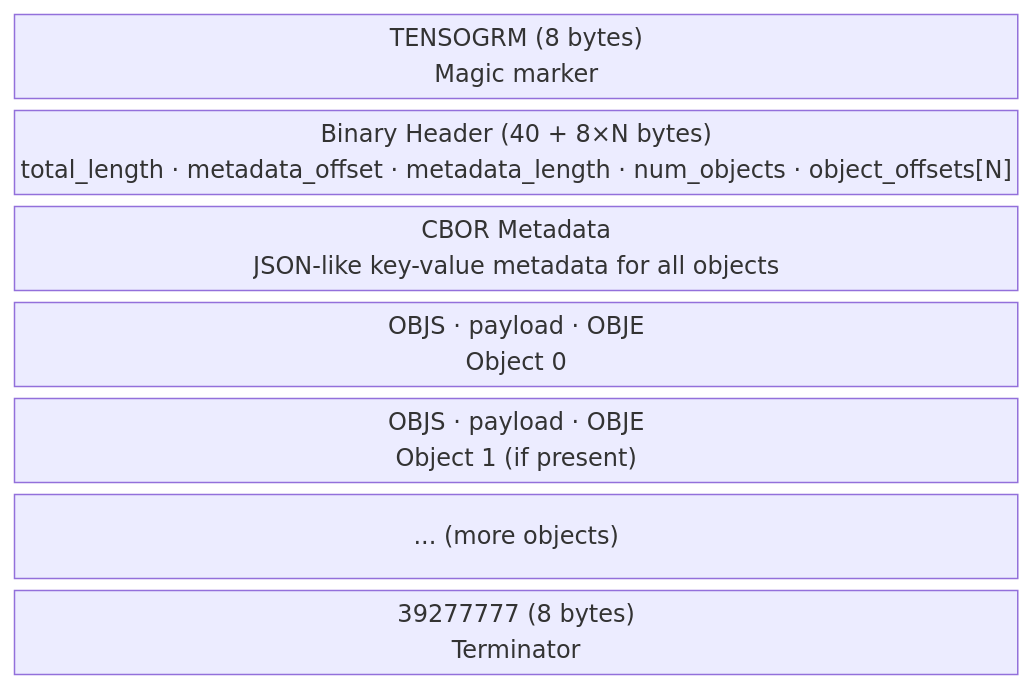
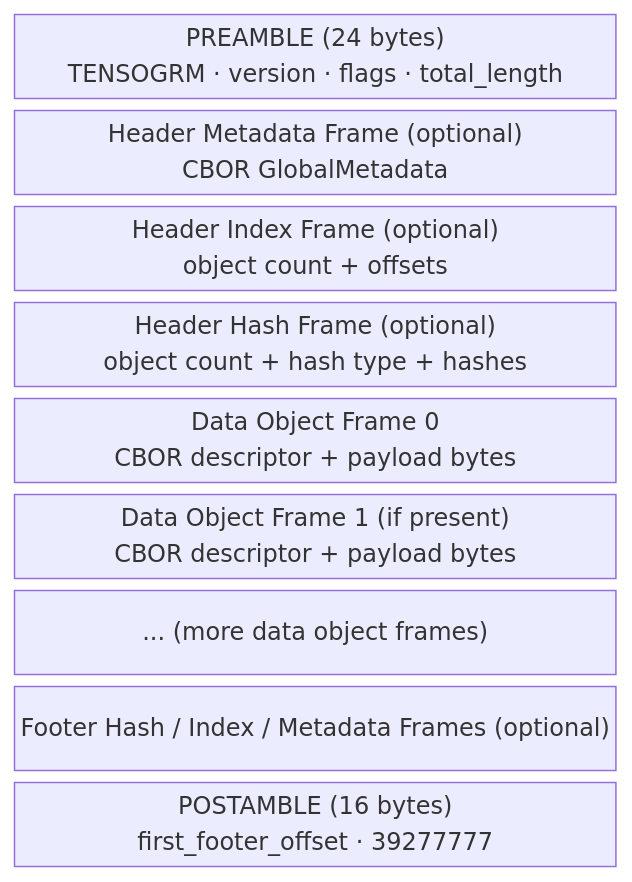
The diagram in docs/src/concepts/messages.md (ecmwf/tensogram), drawn with Mermaid before and after one commit. The commit also changed other lines of this file and 18 other files, not shown here.

First line of the commit message:
docs: update all documentation for v2 frame-based wire format

````diff
--- a/docs/src/concepts/messages.md
+++ b/docs/src/concepts/messages.md
@@ -13,11 +15,13 @@
 ```mermaid
 block-beta
     columns 1
-    A["TENSOGRM (8 bytes)\nMagic marker"]
-    B["Binary Header (40 + 8×N bytes)\ntotal_length · metadata_offset · metadata_length · num_objects · object_offsets[N]"]
-    C["CBOR Metadata\nJSON-like key-value metadata for all objects"]
-    D["OBJS · payload · OBJE\nObject 0"]
-    E["OBJS · payload · OBJE\nObject 1 (if present)"]
-    F["... (more objects)"]
-    G["39277777 (8 bytes)\nTerminator"]
+    A["PREAMBLE (24 bytes)\nTENSOGRM · version · flags · total_length"]
+    B["Header Metadata Frame (optional)\nCBOR GlobalMetadata"]
+    C["Header Index Frame (optional)\nobject count + offsets"]
+    D["Header Hash Frame (optional)\nobject count + hash type + hashes"]
+    E["Data Object Frame 0\nCBOR descriptor + payload bytes"]
+    F["Data Object Frame 1 (if present)\nCBOR descriptor + payload bytes"]
+    G["... (more data object frames)"]
+    H["Footer Hash / Index / Metadata Frames (optional)"]
+    I["POSTAMBLE (16 bytes)\nfirst_footer_offset · 39277777"]
 ```
````
